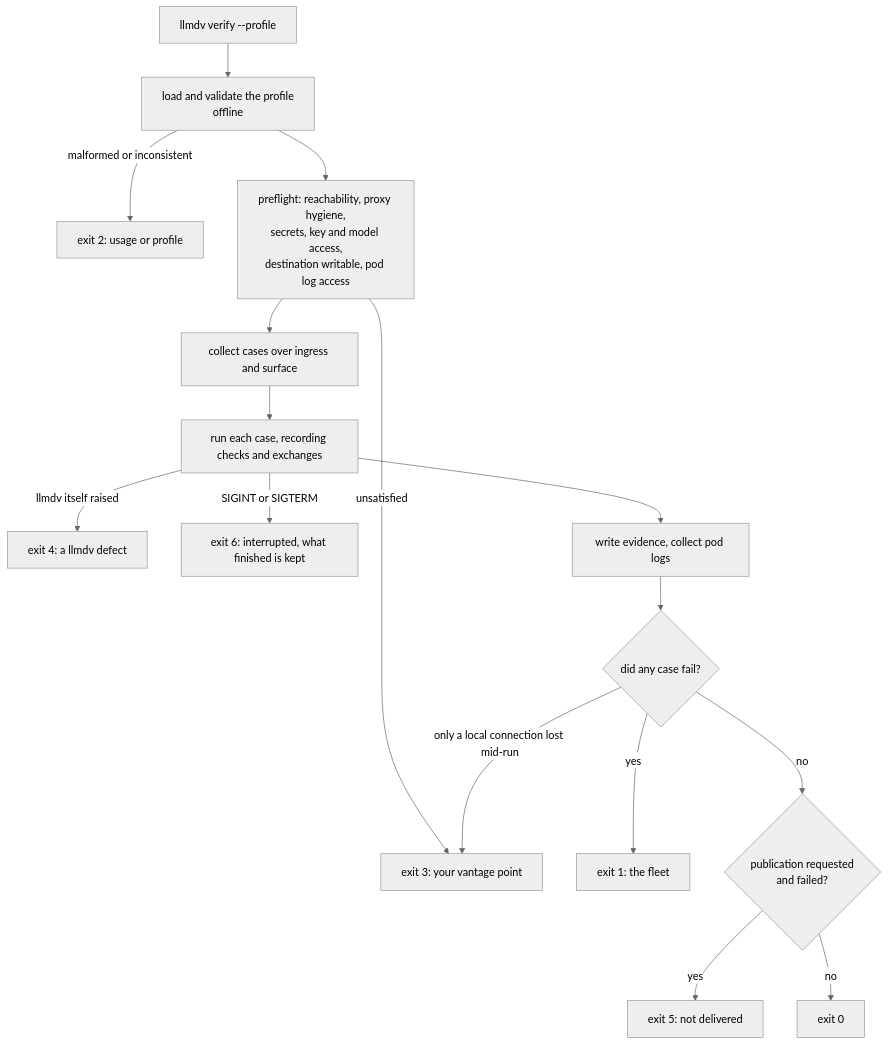
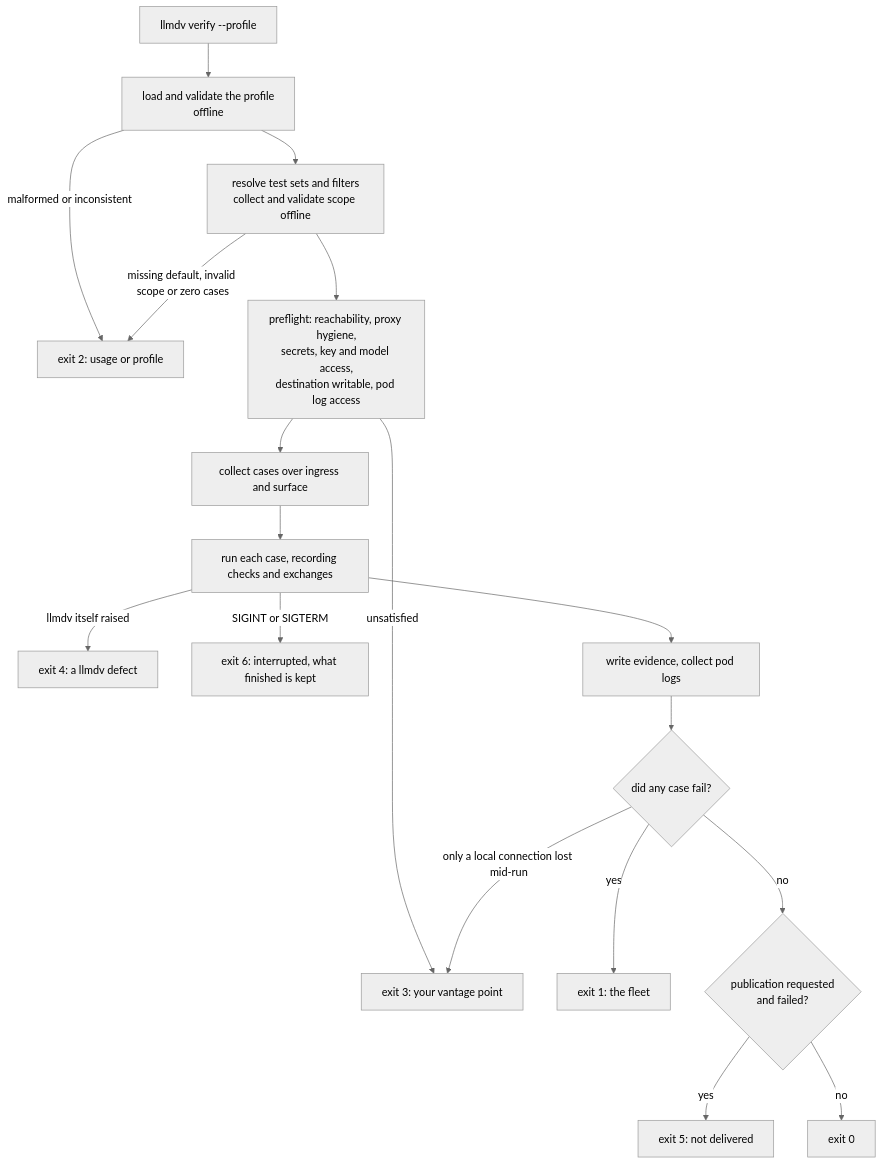
The third of 3 diagrams in docs/architecture.md (llm-d-incubation/llm-d-validate), drawn with Mermaid (neutral theme) before and after one commit. The commit also changed 73 other files, not shown here.

````diff
--- a/docs/architecture.md
+++ b/docs/architecture.md
@@ -116,18 +116,20 @@
 ```mermaid
 flowchart TB
     A["llmdv verify --profile"] --> B["load and validate the profile<br/>offline"]
     B -->|"malformed or inconsistent"| E2["exit 2: usage or profile"]
-    B --> C["preflight: reachability, proxy hygiene,<br/>secrets, key and model access,<br/>destination writable, pod log access"]
+    B --> S["resolve test sets and filters<br/>collect and validate scope offline"]
+    S -->|"missing default, invalid scope or zero cases"| E2
+    S --> C["preflight: reachability, proxy hygiene,<br/>secrets, key and model access,<br/>destination writable, pod log access"]
     C -->|"unsatisfied"| E3["exit 3: your vantage point"]
     C --> D["collect cases over ingress and surface"]
     D --> F["run each case, recording checks and exchanges"]
     F -->|"llmdv itself raised"| E4["exit 4: a llmdv defect"]
     F -->|"SIGINT or SIGTERM"| E6["exit 6: interrupted, what finished is kept"]
     F --> G["write evidence, collect pod logs"]
     G --> I{"did any case fail?"}
     I -->|"yes"| E1["exit 1: the fleet"]
     I -->|"only a local connection lost mid-run"| E3
     I -->|"no"| P{"publication requested<br/>and failed?"}
     P -->|"yes"| E5["exit 5: not delivered"]
     P -->|"no"| E0["exit 0"]
 ```
````
